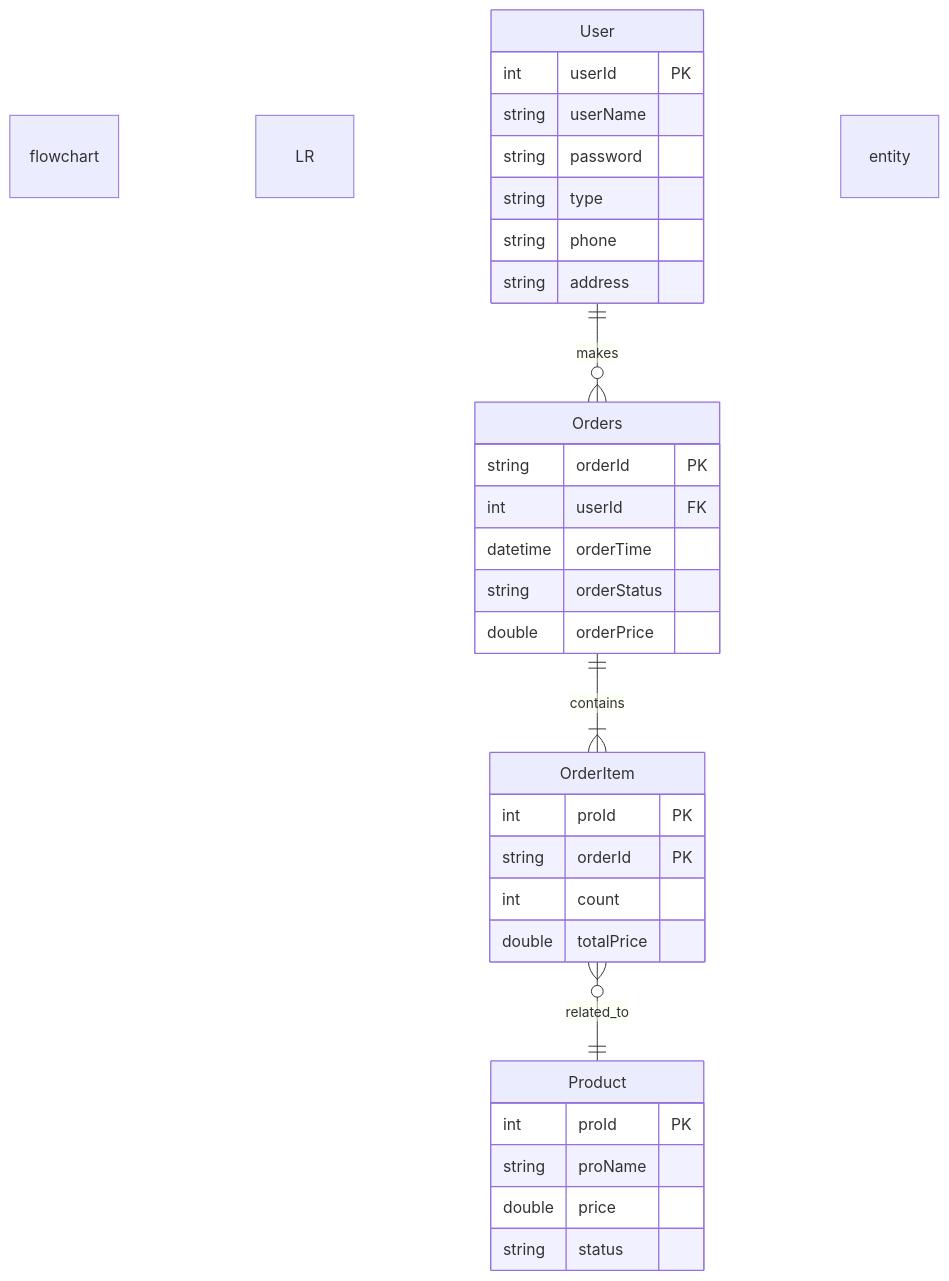
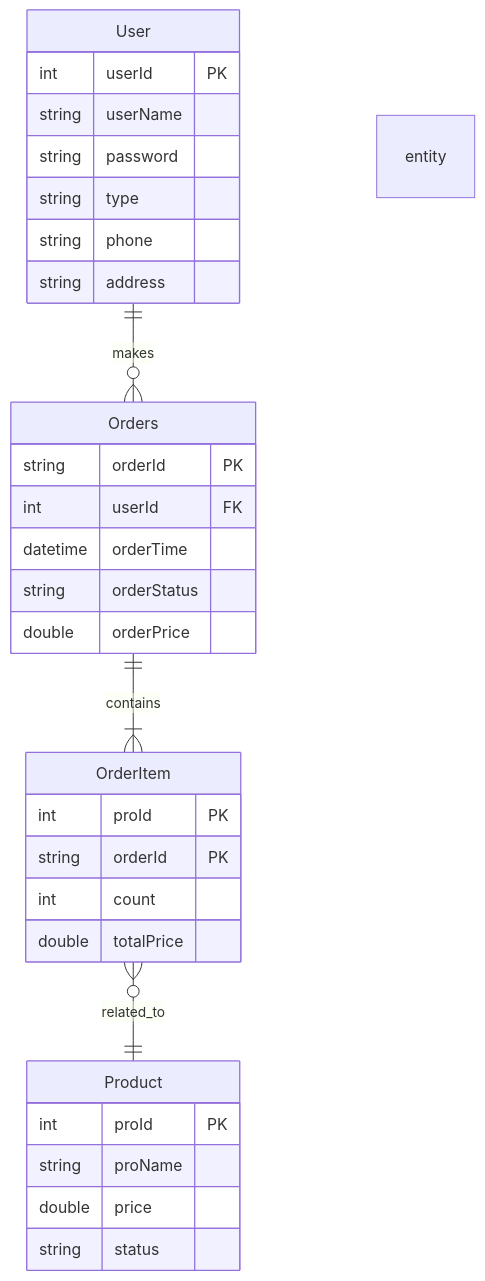
One commit to Beryl-wangzl/iodraw-files changed the diagram in all/未命名-2.md. Above: the diagram before and after it, drawn with Mermaid.

Commit message:
2024-12-27 10:57:35 update

````diff
--- a/all/未命名-2.md
+++ b/all/未命名-2.md
@@ -1,38 +1,38 @@
 ```mermaid
 erDiagram
-flowchart LR
+
     User ||--o{ Orders : makes
     Orders ||--|{ OrderItem : contains
     OrderItem }o--|| Product : related_to
 
     entity User {
         int userId PK
         string userName
         string password
         string type
         string phone
         string address
     }
 
     entity Orders {
         string orderId PK
         int userId FK
         datetime orderTime
         string orderStatus
         double orderPrice
     }
 
     entity OrderItem {
         int proId PK
         string orderId PK
         int count
         double totalPrice
     }
 
     entity Product {
         int proId PK
         string proName
         double price
         string status
     }
 ```
````
